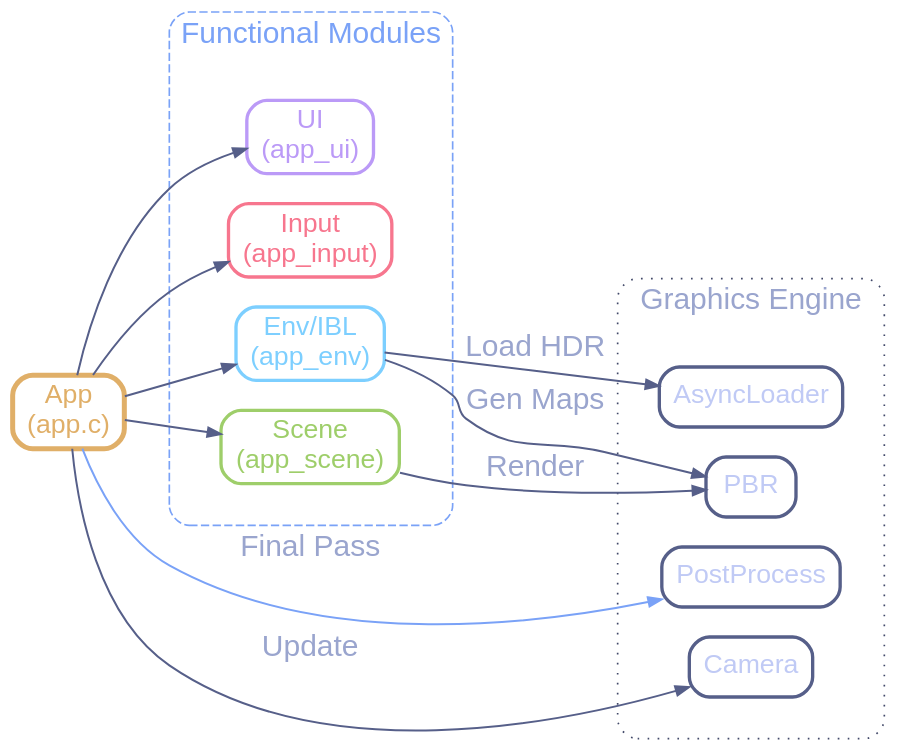
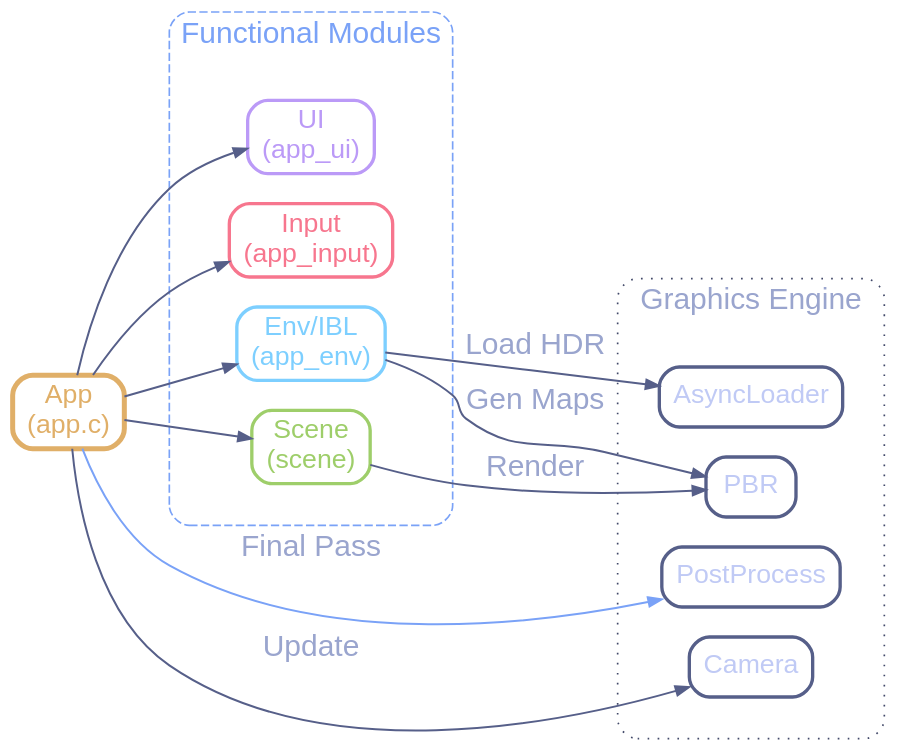
The diagram in docs/project_structure.md (yoyonel/suckless-ogl), drawn with Graphviz before and after one commit. The commit also changed other lines of this file and 4 other files, not shown here.

Commit message:
docs: update project documentation for new architecture and safety utilities

````diff
--- a/docs/project_structure.md
+++ b/docs/project_structure.md
@@ -50,74 +50,74 @@
 ```graphviz
 digraph ProjectStructure {
   rankdir=LR;
   bgcolor="transparent";
   dpi=72;
 
   // Suckless-Modern "Ghost" Design Tokens (Upscaled)
   node [
     shape=rect,
     style="rounded",
     fontname="Helvetica,Arial,sans-serif",
     fontsize=16,
     fillcolor="none",
     color="#414868",
     fontcolor="#c0caf5",
     penwidth=2
   ];
 
   edge [
     color="#565f89",
     fontname="Helvetica,Arial,sans-serif",
     fontsize=18,
     fontcolor="#9aa5ce",
     arrowsize=0.8,
     penwidth=1.2
   ];
 
   /* Core */
   App [label="App\n(app.c)", color="#e0af68", fontcolor="#e0af68", penwidth=3];
 
   /* Sub-Modules */
   subgraph cluster_modules {
     label="Functional Modules";
     fontname="Helvetica Bold,Arial,sans-serif";
     fontsize=18;
     fontcolor="#7aa2f7";
     style="rounded,dashed";
     color="#7aa2f7";
     margin=25;
     AppUI [label="UI\n(app_ui)", color="#bb9af7", fontcolor="#bb9af7"];
     AppInput [label="Input\n(app_input)", color="#f7768e", fontcolor="#f7768e"];
     AppEnv [label="Env/IBL\n(app_env)", color="#7dcfff", fontcolor="#7dcfff"];
-    AppScene [label="Scene\n(app_scene)", color="#9ece6a", fontcolor="#9ece6a"];
+    AppScene [label="Scene\n(scene)", color="#9ece6a", fontcolor="#9ece6a"];
   }
 
   /* Utils/Engines */
   subgraph cluster_engine {
     label="Graphics Engine";
     fontname="Helvetica Bold,Arial,sans-serif";
     fontsize=18;
     fontcolor="#9aa5ce";
     style="rounded,dotted";
     color="#414868";
     margin=25;
     PostProcess [label="PostProcess", color="#565f89", fontcolor="#c0caf5"];
     AsyncLoader [label="AsyncLoader", color="#565f89", fontcolor="#c0caf5"];
     Camera [label="Camera", color="#565f89", fontcolor="#c0caf5"];
     PBR [label="PBR", color="#565f89", fontcolor="#c0caf5"];
   }
 
   /* Relations */
   App -> AppUI;
   App -> AppInput;
   App -> AppEnv;
   App -> AppScene;
 
   App -> PostProcess [label="Final Pass", color="#7aa2f7"];
   App -> Camera [label="Update"];
 
   AppEnv -> AsyncLoader [label="Load HDR"];
   AppEnv -> PBR [label="Gen Maps"];
   AppScene -> PBR [label="Render"];
 }
 ```
````
